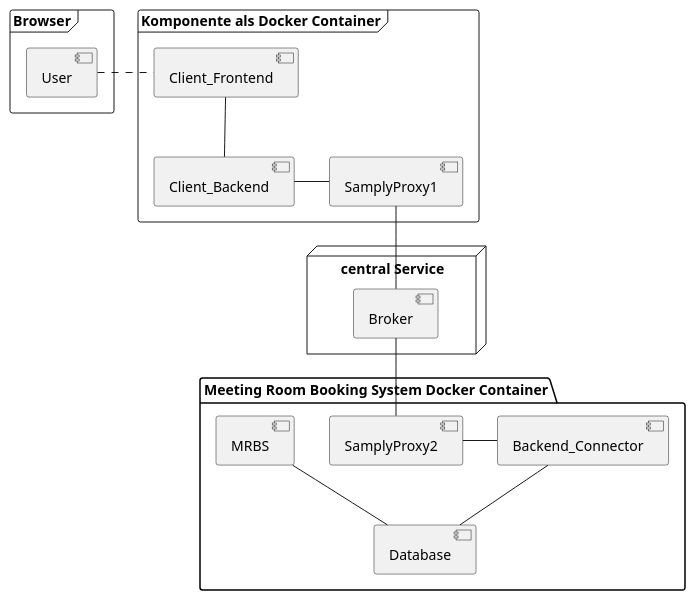
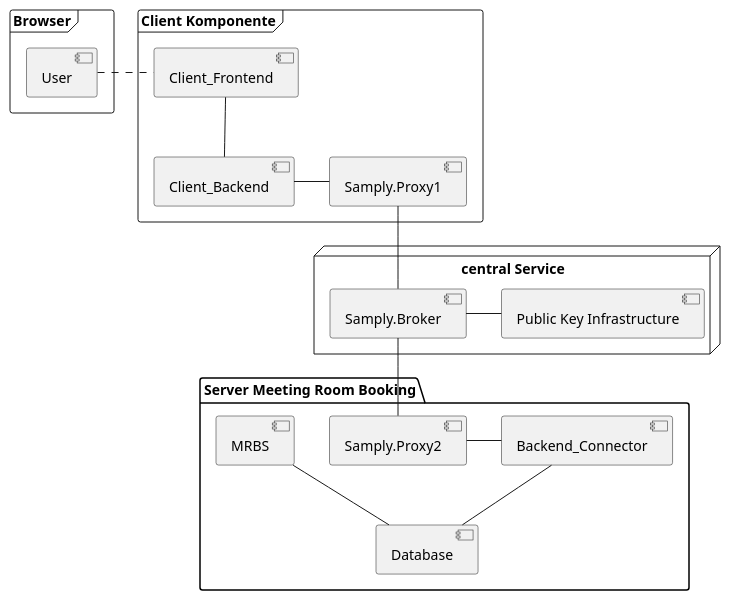
One commit to Martin1088/Plantuml-With-Screenreader changed the diagram in Projekte/Verbis/Beam/interaction_Beam.puml. Above: the diagram before and after it, drawn with PlantUML. The commit also changed 38 other files, not shown here.

```diff
--- a/Projekte/Verbis/Beam/interaction_Beam.puml
+++ b/Projekte/Verbis/Beam/interaction_Beam.puml
@@ -1,34 +1,36 @@
 @startuml
 
 frame "Browser" {
     [User]
 }
 
-frame "Komponente als Docker Container"{
+frame "Client Komponente"{
     [Client_Frontend]
     [Client_Backend]
-    [SamplyProxy1]
+    [Samply.Proxy1]
 }
 
 node "central Service" {
-    [Broker]
+    [Samply.Broker]
+    [Public Key Infrastructure]
 }
 
 
-package "Meeting Room Booking System Docker Container" {
-    [SamplyProxy2]
+package "Server Meeting Room Booking" {
+    [Samply.Proxy2]
     [Backend_Connector]
     [MRBS]
     [Database]
 }
 
 '' Verbindungen
 [User] . [Client_Frontend]
 [Client_Frontend] -- [Client_Backend]
-[Client_Backend] - [SamplyProxy1]
-[SamplyProxy1] -- [Broker]
-[Broker] -- [SamplyProxy2]
-[SamplyProxy2] - [Backend_Connector]
+[Client_Backend] - [Samply.Proxy1]
+[Samply.Proxy1] -- [Samply.Broker]
+[Samply.Broker] -- [Samply.Proxy2]
+[Samply.Broker] - [Public Key Infrastructure]
+[Samply.Proxy2] - [Backend_Connector]
 [Backend_Connector] -- [Database]
 [MRBS] -- [Database]
 @enduml
```
